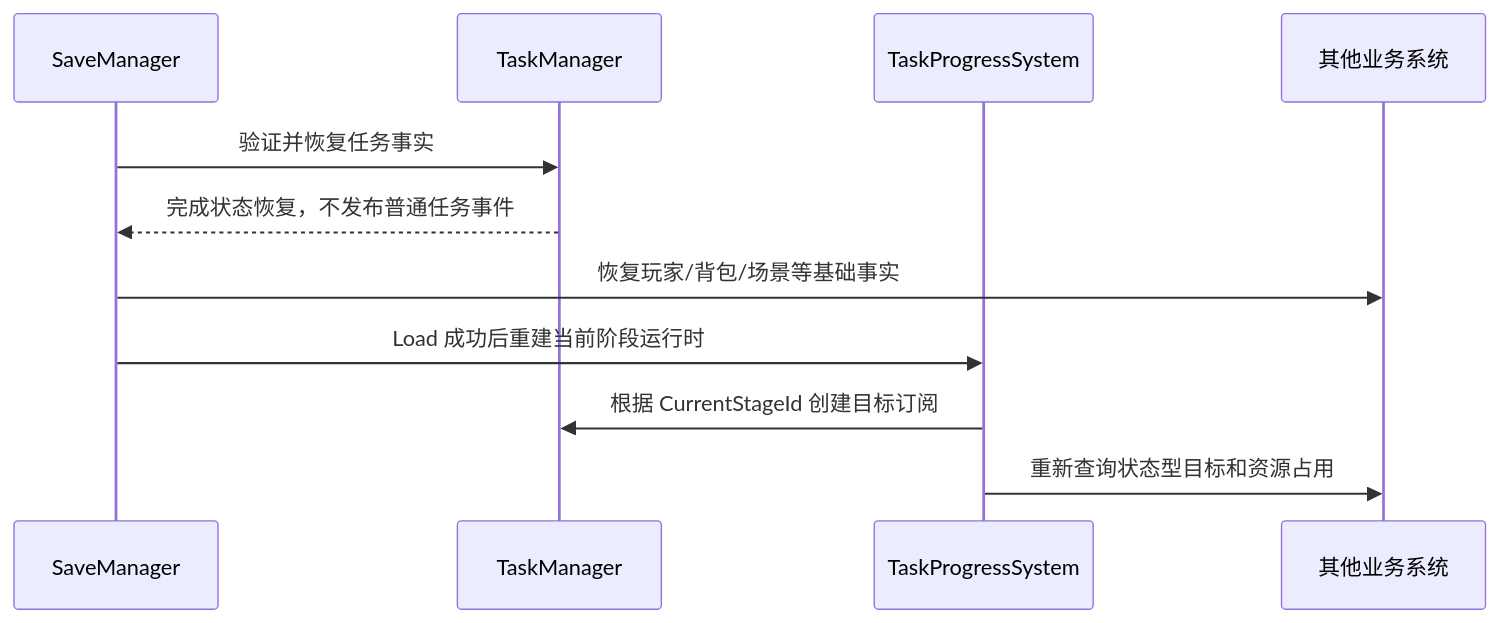
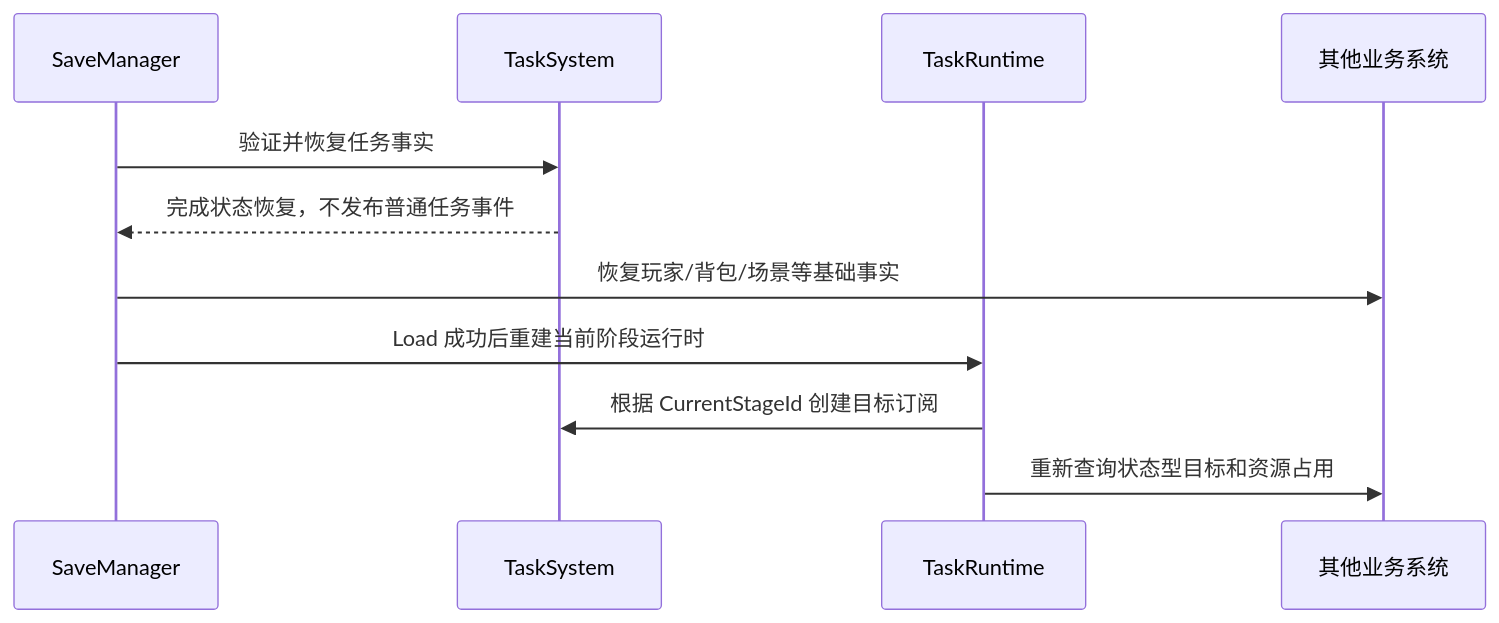
Before and after one commit to Whitesheeeep/3DRPG: the sixth of 7 diagrams in Assets/Scripts/TaskSystem/TaskSystem_Requirements.md, drawn with Mermaid. The commit also changed other lines of this file and 112 other files, not shown here.

````diff
--- a/Assets/Scripts/TaskSystem/TaskSystem_Requirements.md
+++ b/Assets/Scripts/TaskSystem/TaskSystem_Requirements.md
@@ -362,13 +387,13 @@
 ```mermaid
 sequenceDiagram
     participant Save as SaveManager
-    participant Task as TaskManager
-    participant Runtime as TaskProgressSystem
+    participant Task as TaskSystem
+    participant Runtime as TaskRuntime
     participant World as 其他业务系统
     Save->>Task: 验证并恢复任务事实
     Task-->>Save: 完成状态恢复，不发布普通任务事件
     Save->>World: 恢复玩家/背包/场景等基础事实
     Save->>Runtime: Load 成功后重建当前阶段运行时
     Runtime->>Task: 根据 CurrentStageId 创建目标订阅
     Runtime->>World: 重新查询状态型目标和资源占用
 ```
````
